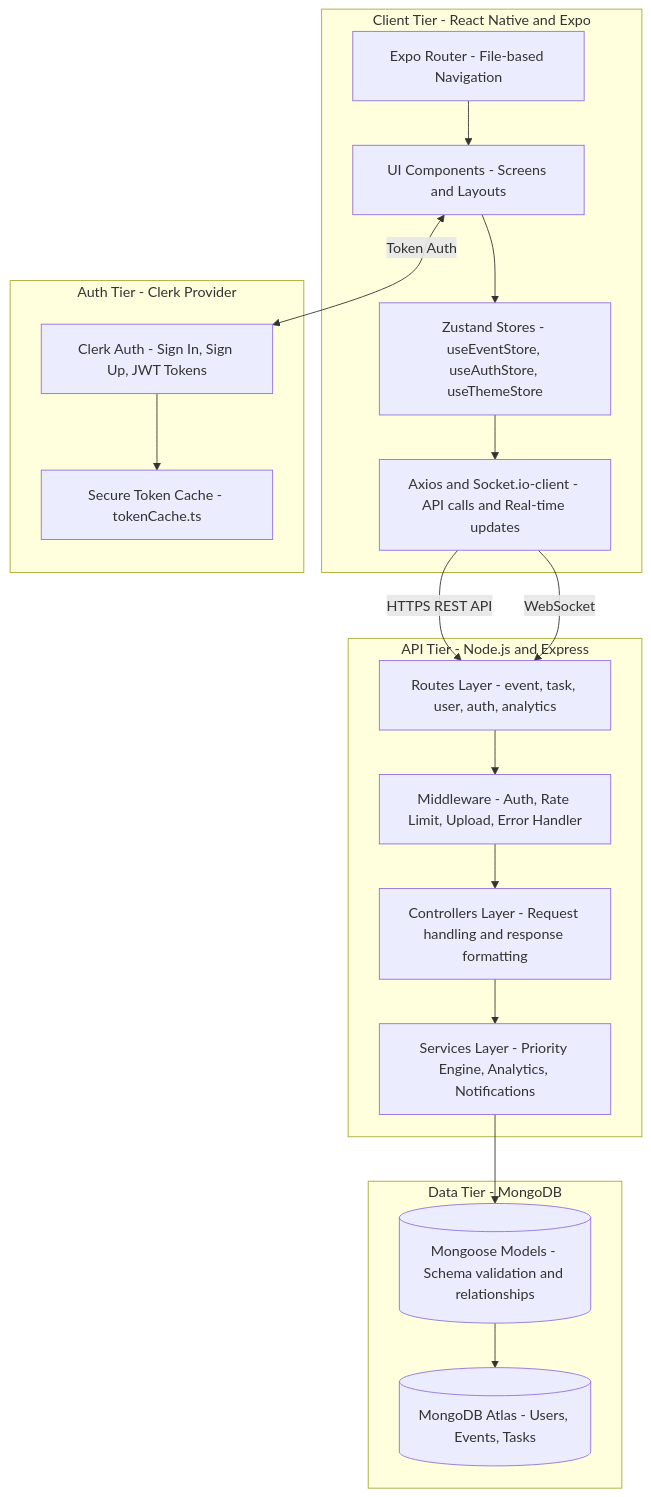
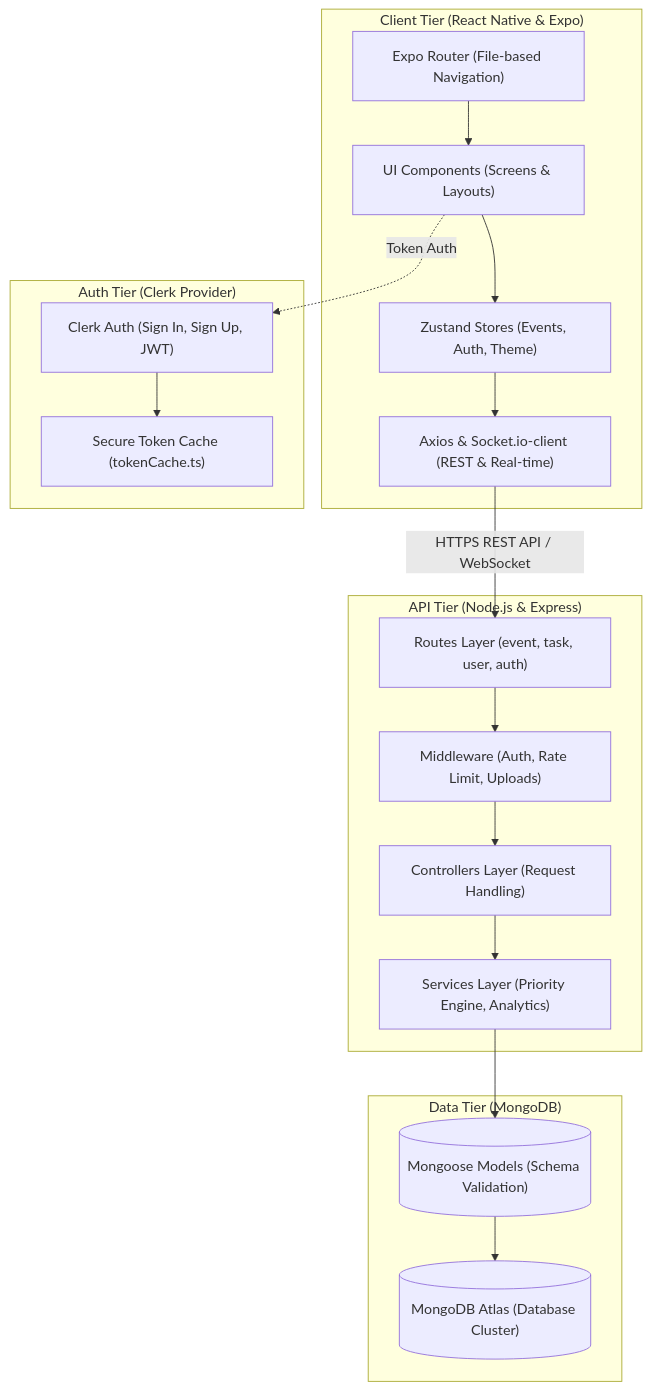
One commit to priyabratasahoo780/EventFlow changed the first of 3 diagrams in README.md. Above: the diagram before and after it, drawn with Mermaid. The commit also changed other lines of this file, not shown here.

Commit message:
docs: fix mermaid diagram syntax for GitHub renderer compatibility

````diff
--- a/README.md
+++ b/README.md
@@ -59,34 +59,34 @@
 ```mermaid
-graph TD
-    subgraph "Client Tier - React Native and Expo"
-        A[Expo Router - File-based Navigation]
-        B[UI Components - Screens and Layouts]
-        C[Zustand Stores - useEventStore, useAuthStore, useThemeStore]
-        D[Axios and Socket.io-client - API calls and Real-time updates]
+flowchart TD
+    subgraph Client["Client Tier (React Native & Expo)"]
+        A["Expo Router (File-based Navigation)"]
+        B["UI Components (Screens & Layouts)"]
+        C["Zustand Stores (Events, Auth, Theme)"]
+        D["Axios & Socket.io-client (REST & Real-time)"]
+        A --> B --> C --> D
     end
 
-    subgraph "Auth Tier - Clerk Provider"
-        E[Clerk Auth - Sign In, Sign Up, JWT Tokens]
-        F[Secure Token Cache - tokenCache.ts]
+    subgraph Auth["Auth Tier (Clerk Provider)"]
+        E["Clerk Auth (Sign In, Sign Up, JWT)"]
+        F["Secure Token Cache (tokenCache.ts)"]
+        E --> F
     end
 
-    subgraph "API Tier - Node.js and Express"
-        G[Routes Layer - event, task, user, auth, analytics]
-        H[Controllers Layer - Request handling and response formatting]
-        I[Services Layer - Priority Engine, Analytics, Notifications]
-        J[Middleware - Auth, Rate Limit, Upload, Error Handler]
+    subgraph API["API Tier (Node.js & Express)"]
+        G["Routes Layer (event, task, user, auth)"]
+        J["Middleware (Auth, Rate Limit, Uploads)"]
+        H["Controllers Layer (Request Handling)"]
+        I["Services Layer (Priority Engine, Analytics)"]
+        G --> J --> H --> I
     end
 
-    subgraph "Data Tier - MongoDB"
-        K[(MongoDB Atlas - Users, Events, Tasks)]
-        L[(Mongoose Models - Schema validation and relationships)]
+    subgraph Database["Data Tier (MongoDB)"]
+        L[("Mongoose Models (Schema Validation)")]
+        K[("MongoDB Atlas (Database Cluster)")]
+        L --> K
     end
 
-    A --> B --> C --> D
-    D -->|HTTPS REST API| G
-    D -->|WebSocket| G
-    B <-->|Token Auth| E
-    E --> F
-    G --> J --> H --> I
-    I --> L --> K
+    D -->|"HTTPS REST API / WebSocket"| G
+    B -.->|"Token Auth"| E
+    I --> L
 ```
````
